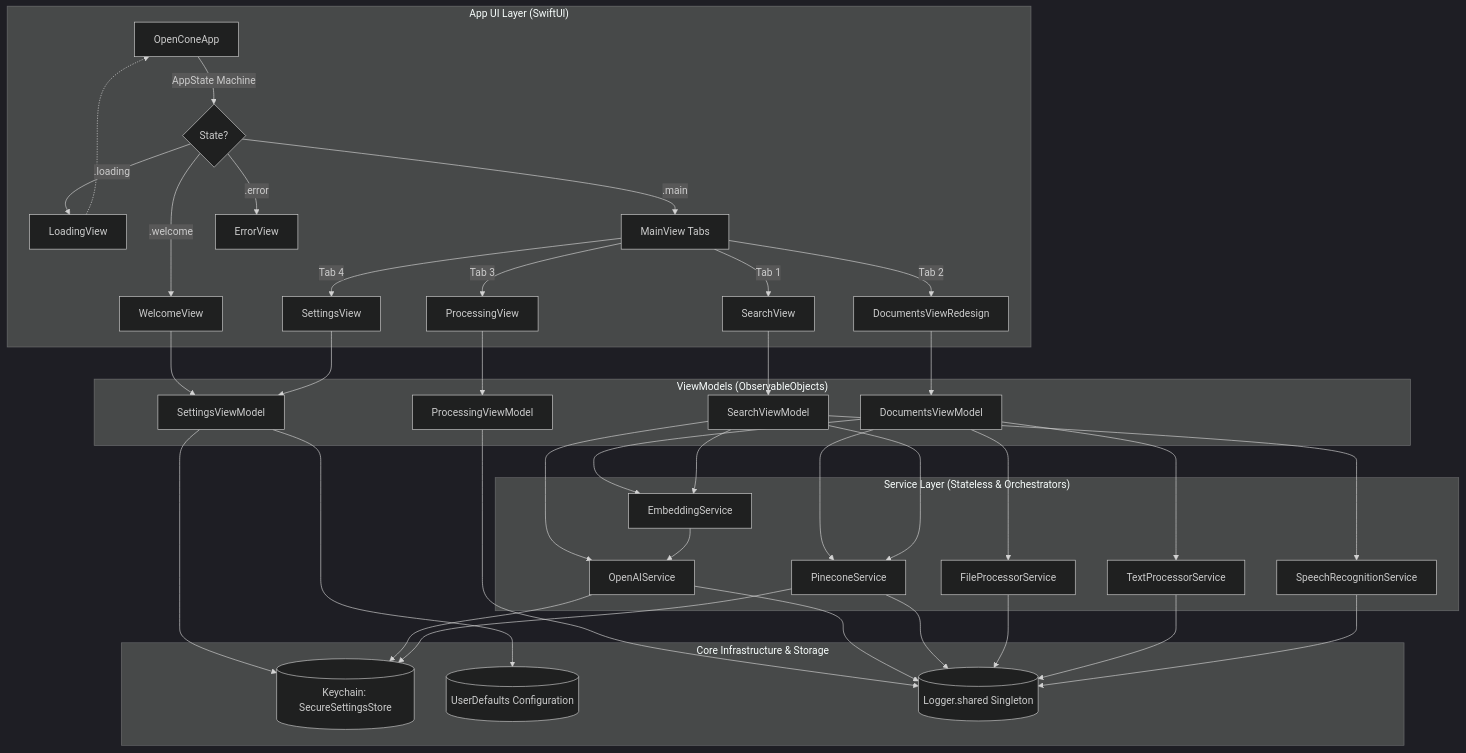
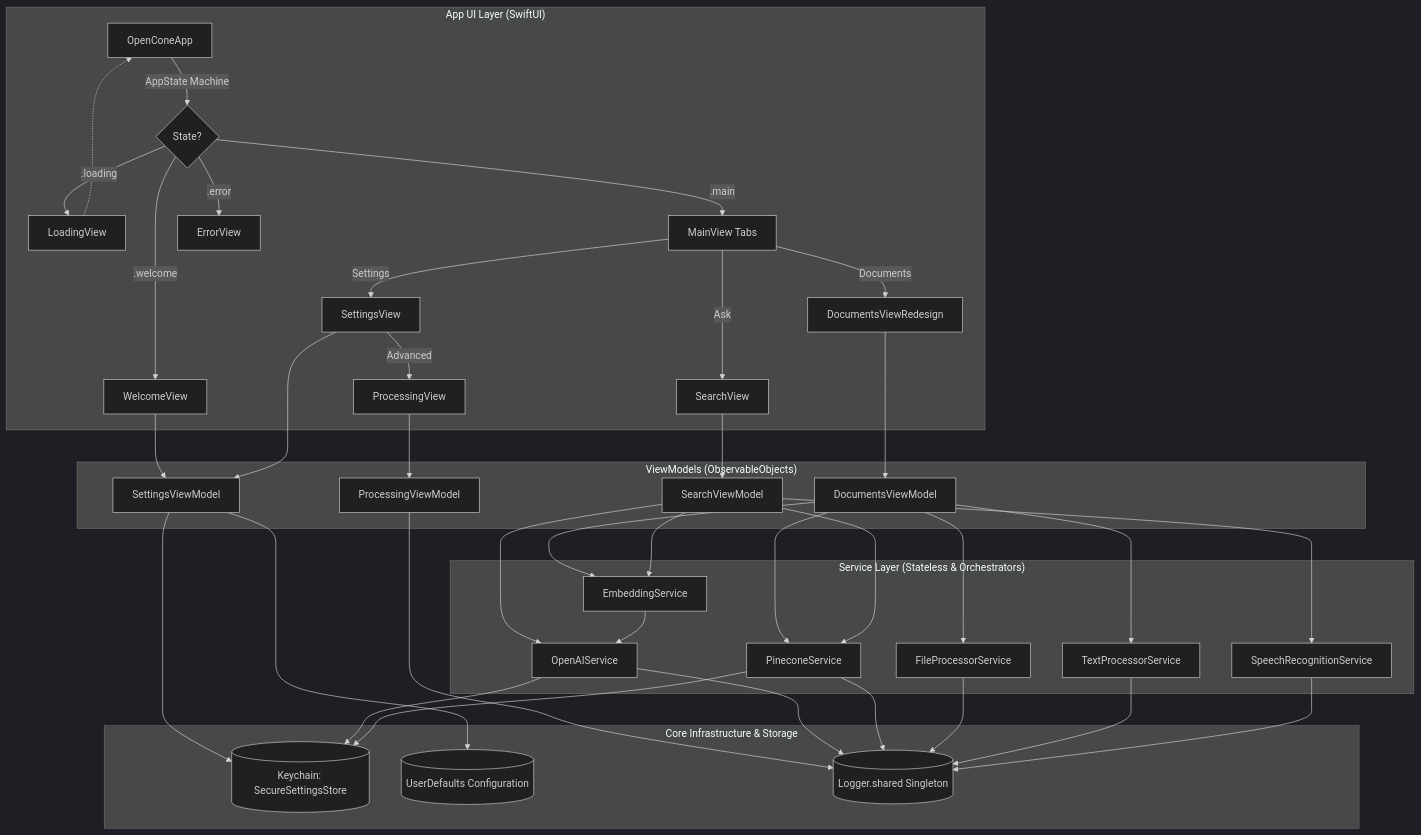
One commit to Gunnarguy/OpenCone changed the diagram in ARCHITECTURE.md. Above: the diagram before and after it, drawn with Mermaid (dark theme). The commit also changed other lines of this file and 42 other files, not shown here.

First line of the commit message:
ask: OpenResponses layout, Markdown answers, and three search widths

````diff
--- a/ARCHITECTURE.md
+++ b/ARCHITECTURE.md
@@ -22,57 +22,57 @@
 ```mermaid
 flowchart TD
     subgraph UI["App UI Layer (SwiftUI)"]
         APP[OpenConeApp] -->|AppState Machine| AS{State?}
         AS -->|.loading| LV[LoadingView]
         AS -->|.welcome| WV[WelcomeView]
         AS -->|.main| MV[MainView Tabs]
         AS -->|.error| EV[ErrorView]
 
-        MV -->|Tab 1| SV[SearchView]
-        MV -->|Tab 2| DV[DocumentsViewRedesign]
-        MV -->|Tab 3| PV[ProcessingView]
-        MV -->|Tab 4| SetV[SettingsView]
+        MV -->|Ask| SV[SearchView]
+        MV -->|Documents| DV[DocumentsViewRedesign]
+        MV -->|Settings| SetV[SettingsView]
+        SetV -->|Advanced| PV[ProcessingView]
     end
 
     subgraph MVVM["ViewModels (ObservableObjects)"]
         SVM[SearchViewModel]
         DVM[DocumentsViewModel]
         PVM[ProcessingViewModel]
         SetVM[SettingsViewModel]
     end
 
     subgraph ServiceLayer["Service Layer (Stateless & Orchestrators)"]
         FPS[FileProcessorService]
         TPS[TextProcessorService]
         EMS[EmbeddingService]
         OAS[OpenAIService]
         PCS[PineconeService]
         SRS[SpeechRecognitionService]
     end
 
     subgraph Infrastructure["Core Infrastructure & Storage"]
         SEC[(Keychain: SecureSettingsStore)]
         UD[(UserDefaults Configuration)]
         LOG[(Logger.shared Singleton)]
     end
 
     %% Wiring
     LV -.-> APP
     WV --> SetVM
     DV --> DVM
     SV --> SVM
     PV --> PVM
     SetV --> SetVM
 
     DVM --> FPS & TPS & EMS & PCS
     SVM --> EMS & PCS & OAS & SRS
     SetVM --> SEC & UD
     PVM --> LOG
 
     EMS --> OAS
     OAS --> SEC & LOG
     PCS --> SEC & LOG
     FPS --> LOG
     TPS --> LOG
     SRS --> LOG
 ```
````
